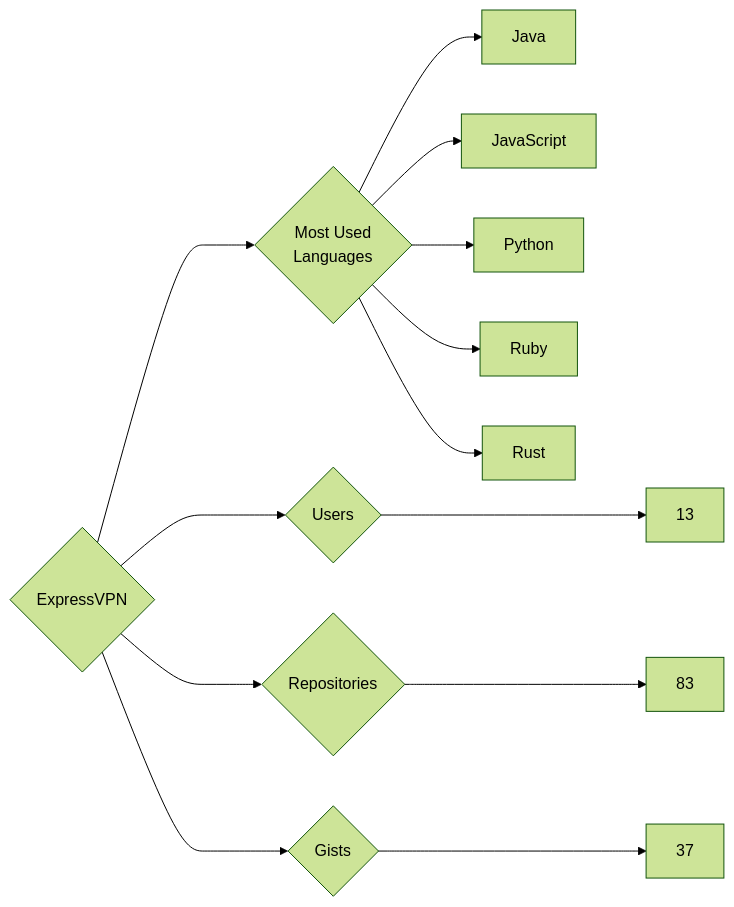
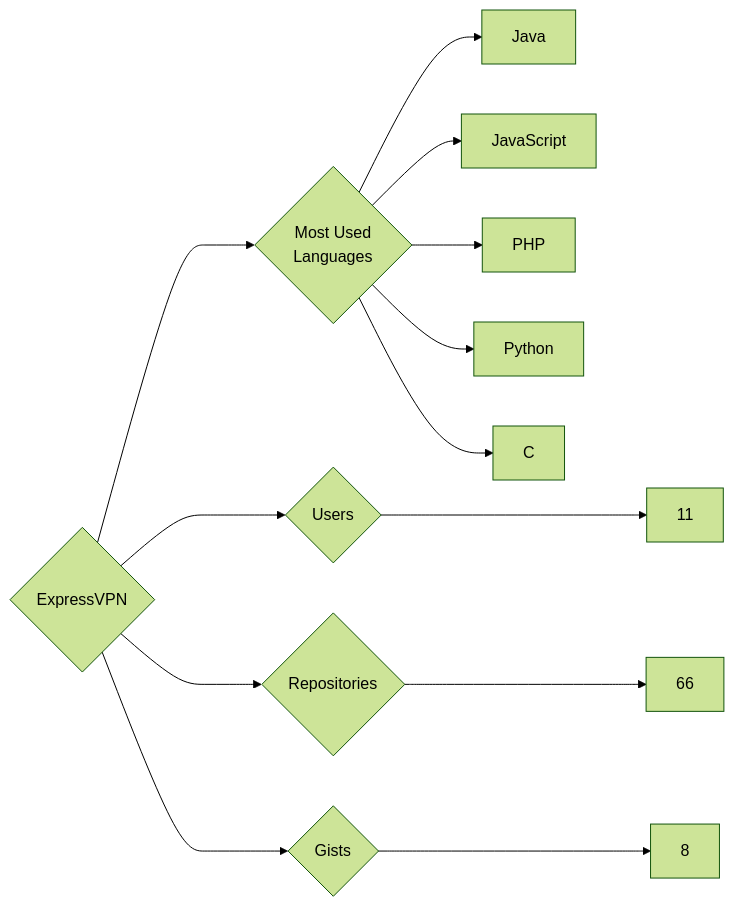
Before and after one commit to trickest/insiders: the diagram in targets/ExpressVPN/README.md, drawn with Mermaid (forest theme). The commit also changed 882 other files, not shown here.

````diff
--- a/targets/ExpressVPN/README.md
+++ b/targets/ExpressVPN/README.md
@@ -3,13 +3,13 @@
 ```mermaid
 graph LR
 COMPANY_NAME{ExpressVPN}
-COMPANY_NAME ---> U{Users} ---> UN[13]
-COMPANY_NAME ---> R{Repositories} ---> RN[83]
-COMPANY_NAME ---> G{Gists} ---> GN[37]
+COMPANY_NAME ---> U{Users} ---> UN[11]
+COMPANY_NAME ---> R{Repositories} ---> RN[66]
+COMPANY_NAME ---> G{Gists} ---> GN[8]
 COMPANY_NAME ---> ML{Most Used<br>Languages}
 ML --> Java[Java]
 ML --> JavaScript[JavaScript]
+ML --> PHP[PHP]
 ML --> Python[Python]
-ML --> Ruby[Ruby]
-ML --> Rust[Rust]
+ML --> C[C]
 ```
````
